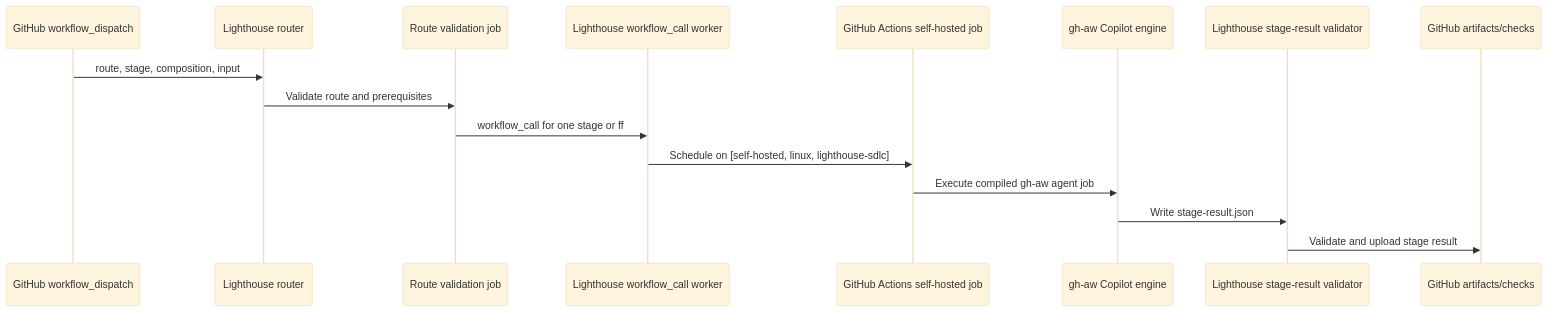
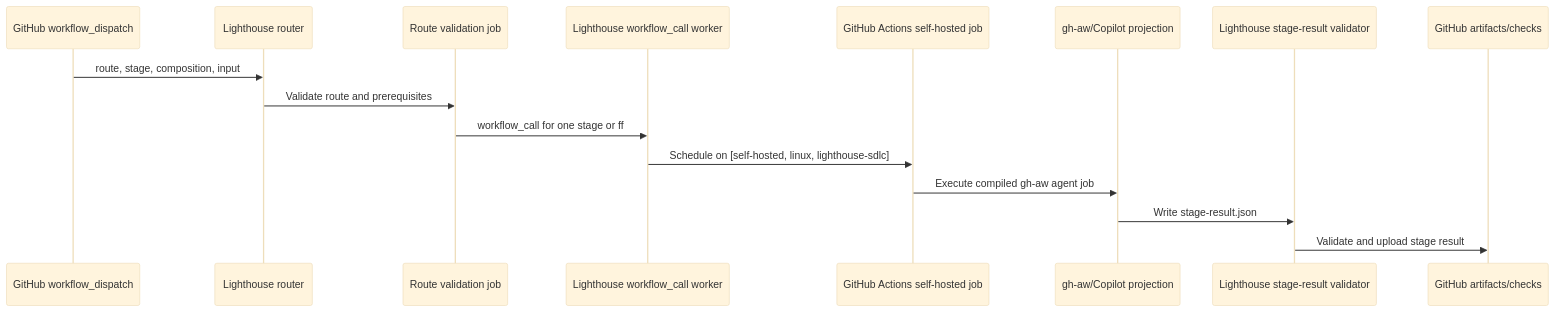
One commit to juangcarmona/sofa changed the first of 3 diagrams in docs/architecture/06-runtime-view/README.md. Above: the diagram before and after it, drawn with Mermaid (base theme). The commit also changed other lines of this file and 16 other files, not shown here.

Commit message:
docs(architecture): define Bastion OpenCode Codex boundary

````diff
--- a/docs/architecture/06-runtime-view/README.md
+++ b/docs/architecture/06-runtime-view/README.md
@@ -13,19 +13,20 @@
 ```mermaid
 sequenceDiagram
+    accTitle: Current Lighthouse execution boundary
     participant D as GitHub workflow_dispatch
     participant R as Lighthouse router
     participant V as Route validation job
     participant W as Lighthouse workflow_call worker
     participant A as GitHub Actions self-hosted job
-    participant C as gh-aw Copilot engine
+    participant C as gh-aw/Copilot projection
     participant L as Lighthouse stage-result validator
     participant G as GitHub artifacts/checks
 
     D->>R: route, stage, composition, input
     R->>V: Validate route and prerequisites
     V->>W: workflow_call for one stage or ff
     W->>A: Schedule on [self-hosted, linux, lighthouse-sdlc]
     A->>C: Execute compiled gh-aw agent job
     C->>L: Write stage-result.json
     L->>G: Validate and upload stage result
 ```
````
